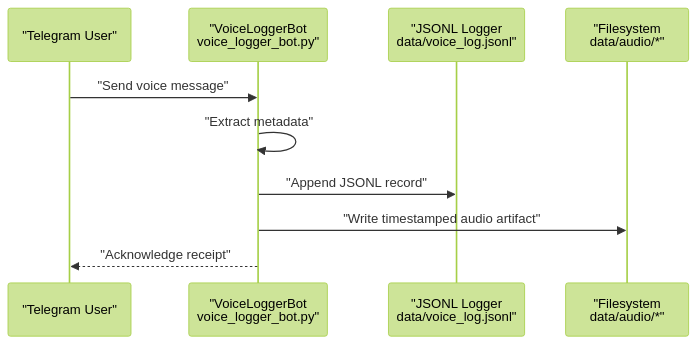
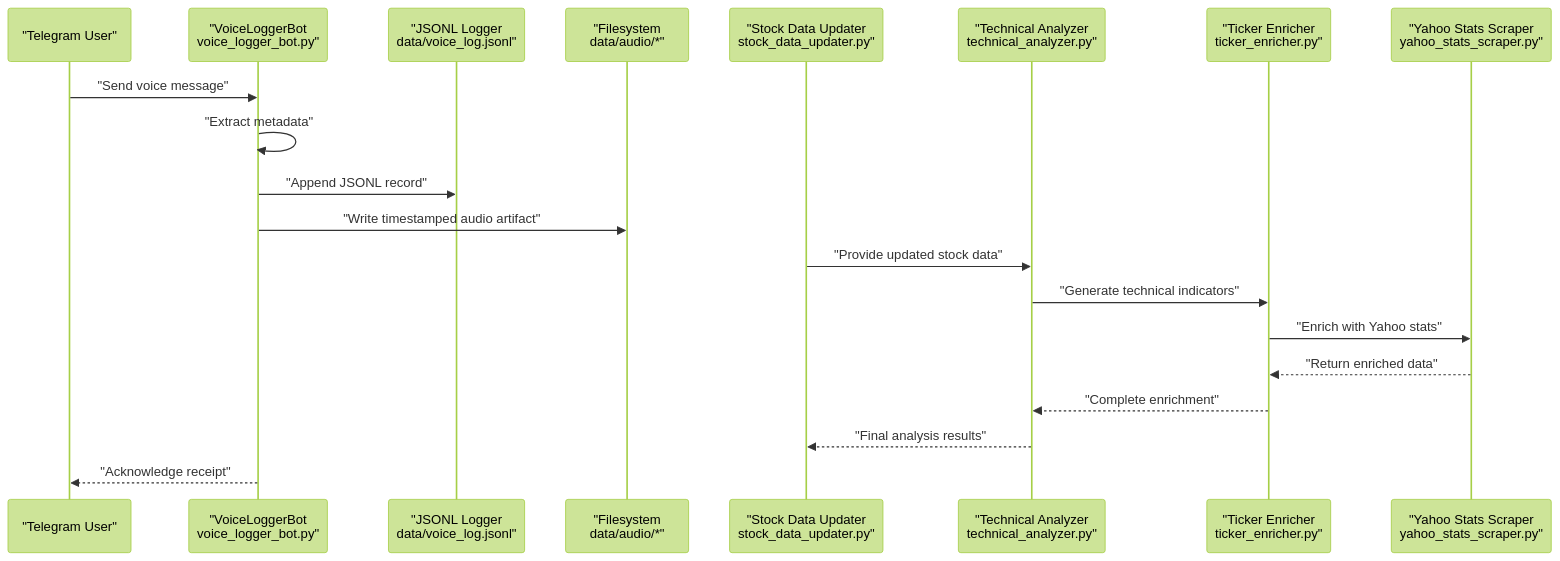
One commit to ZengSeng/telegram-bot changed the second of 3 diagrams in .qoder/repowiki/en/content/Data Management.md. Above: the diagram before and after it, drawn with Mermaid (forest theme). The commit also changed other lines of this file and 9 other files, not shown here.

````diff
--- a/.qoder/repowiki/en/content/Data Management.md
+++ b/.qoder/repowiki/en/content/Data Management.md
@@ -81,12 +119,22 @@
 ```mermaid
 sequenceDiagram
 participant U as "Telegram User"
 participant B as "VoiceLoggerBot<br/>voice_logger_bot.py"
 participant L as "JSONL Logger<br/>data/voice_log.jsonl"
 participant F as "Filesystem<br/>data/audio/*"
+participant SDU as "Stock Data Updater<br/>stock_data_updater.py"
+participant TA as "Technical Analyzer<br/>technical_analyzer.py"
+participant TE as "Ticker Enricher<br/>ticker_enricher.py"
+participant YSS as "Yahoo Stats Scraper<br/>yahoo_stats_scraper.py"
 U->>B : "Send voice message"
 B->>B : "Extract metadata"
 B->>L : "Append JSONL record"
 B->>F : "Write timestamped audio artifact"
+SDU->>TA : "Provide updated stock data"
+TA->>TE : "Generate technical indicators"
+TE->>YSS : "Enrich with Yahoo stats"
+YSS-->>TE : "Return enriched data"
+TE-->>TA : "Complete enrichment"
+TA-->>SDU : "Final analysis results"
 B-->>U : "Acknowledge receipt"
 ```
````
